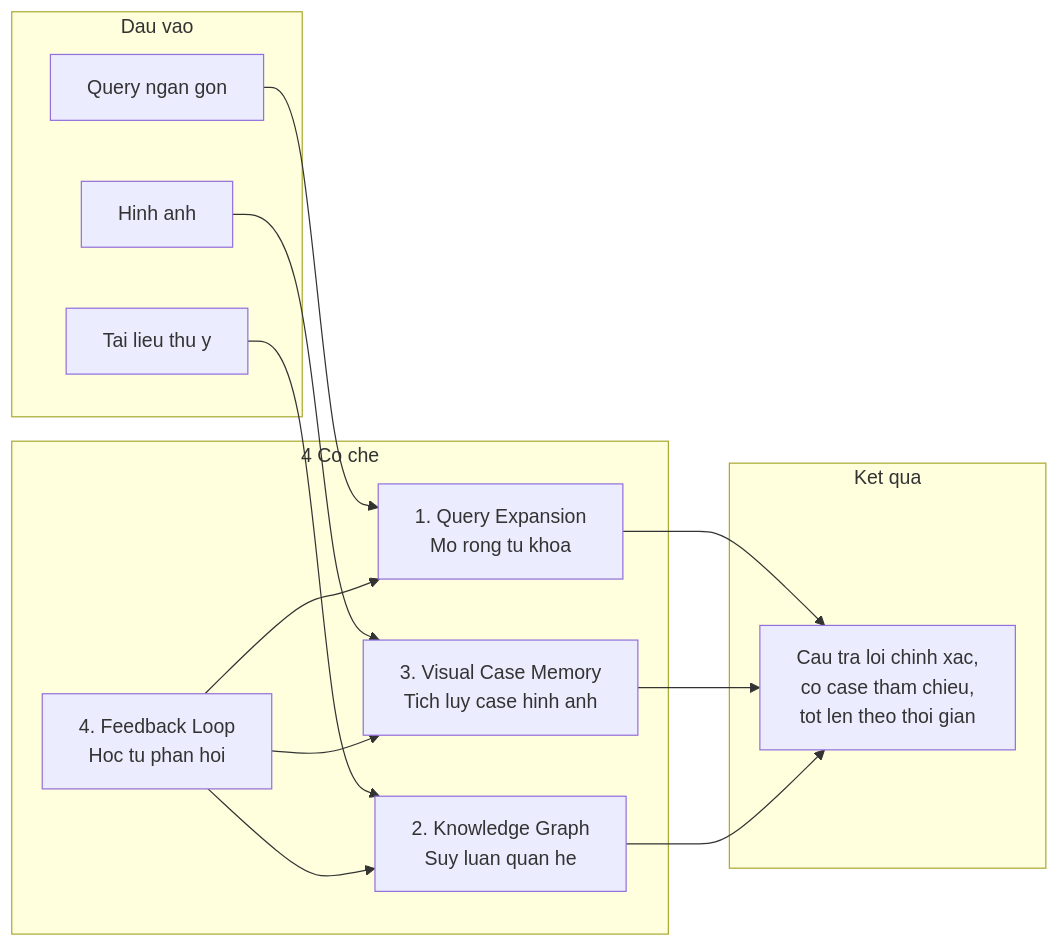
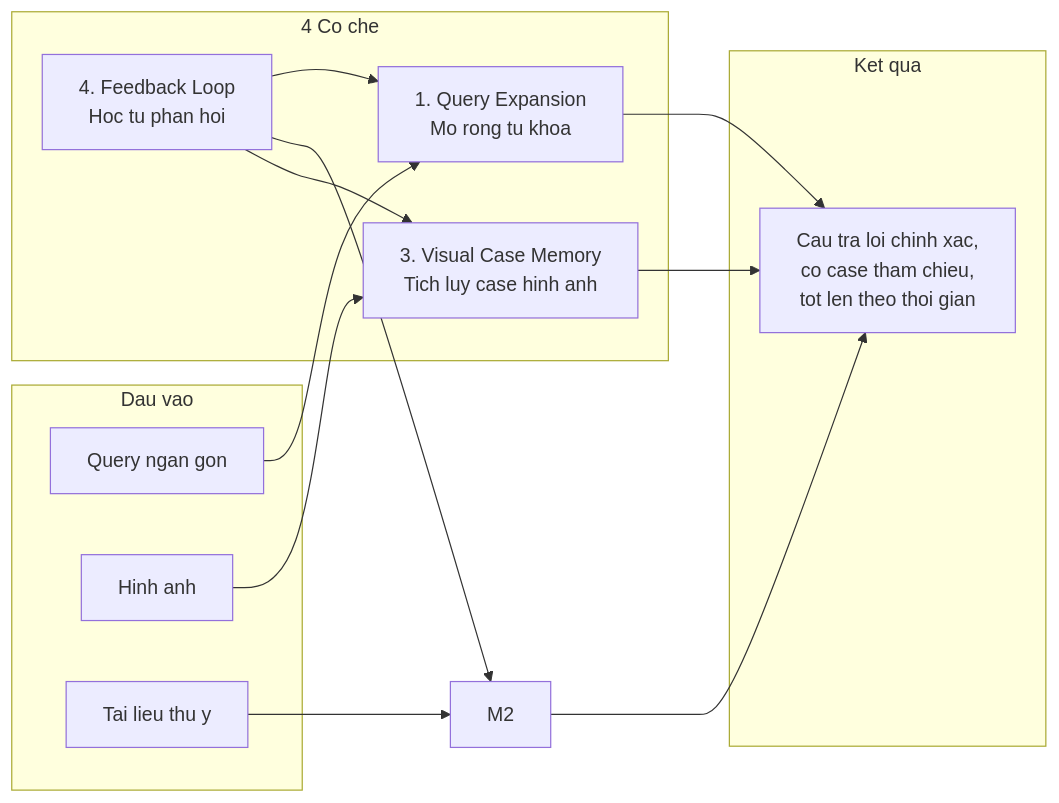
The eighth of 8 diagrams in docs-references/ai-agent/AI_AGENT_DATA_IMPROVEMENT_STRATEGY.md (espresso23/Petties-Veterinary-Appointment-Booking-Platform), drawn with Mermaid before and after one commit. The commit also changed other lines of this file and 115 other files, not shown here.

````diff
--- a/docs-references/ai-agent/AI_AGENT_DATA_IMPROVEMENT_STRATEGY.md
+++ b/docs-references/ai-agent/AI_AGENT_DATA_IMPROVEMENT_STRATEGY.md
@@ -1211,26 +1040,25 @@
 ```mermaid
 flowchart LR
     subgraph INPUT["Dau vao"]
         Q["Query ngan gon"]
         I["Hinh anh"]
         T["Tai lieu thu y"]
     end
     
     subgraph MECHANISMS["4 Co che"]
         M1["1. Query Expansion<br/>Mo rong tu khoa"]
-        M2["2. Knowledge Graph<br/>Suy luan quan he"]
         M3["3. Visual Case Memory<br/>Tich luy case hinh anh"]
         M4["4. Feedback Loop<br/>Hoc tu phan hoi"]
     end
     
     subgraph OUTPUT["Ket qua"]
         O["Cau tra loi chinh xac,<br/>co case tham chieu,<br/>tot len theo thoi gian"]
     end
     
     Q --> M1 --> O
     I --> M3 --> O
     T --> M2 --> O
     M4 --> M1
     M4 --> M2
     M4 --> M3
 ```
````
